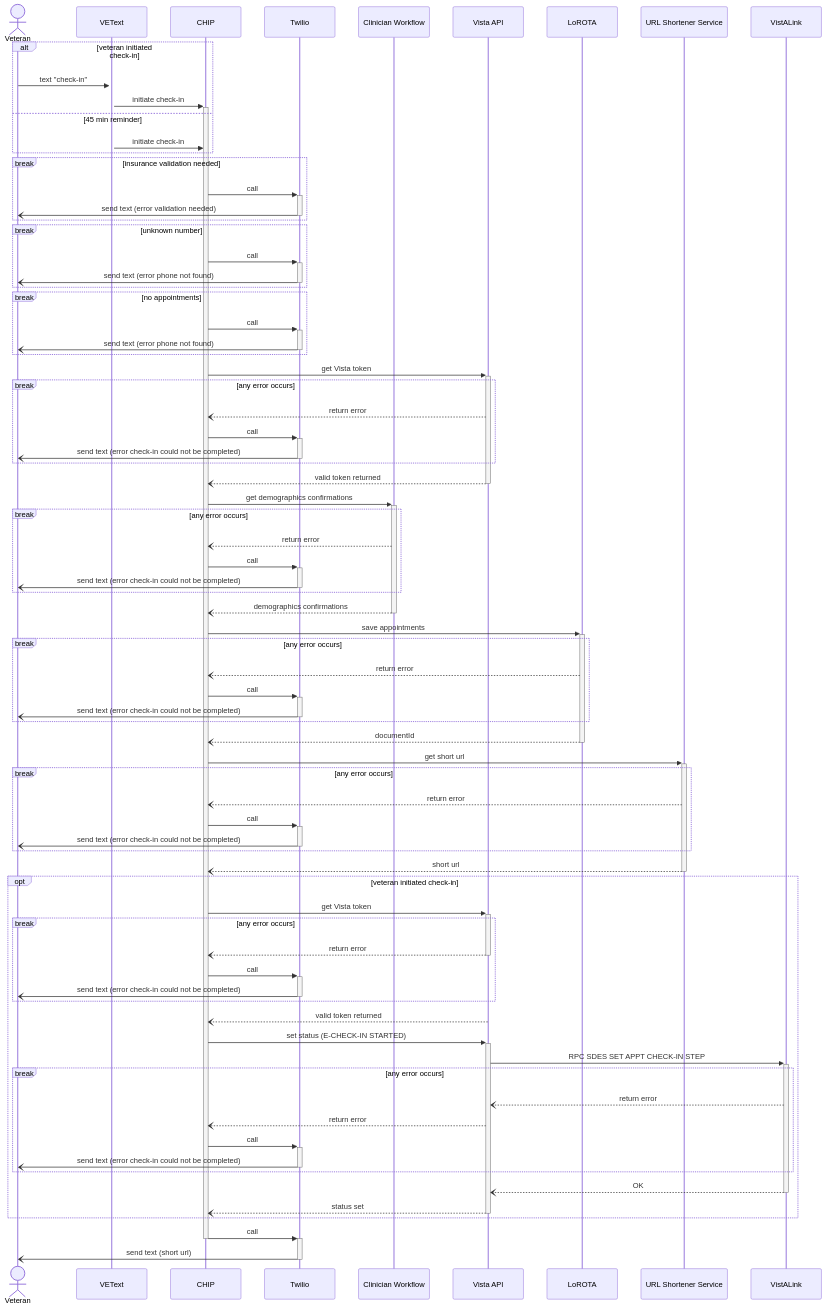
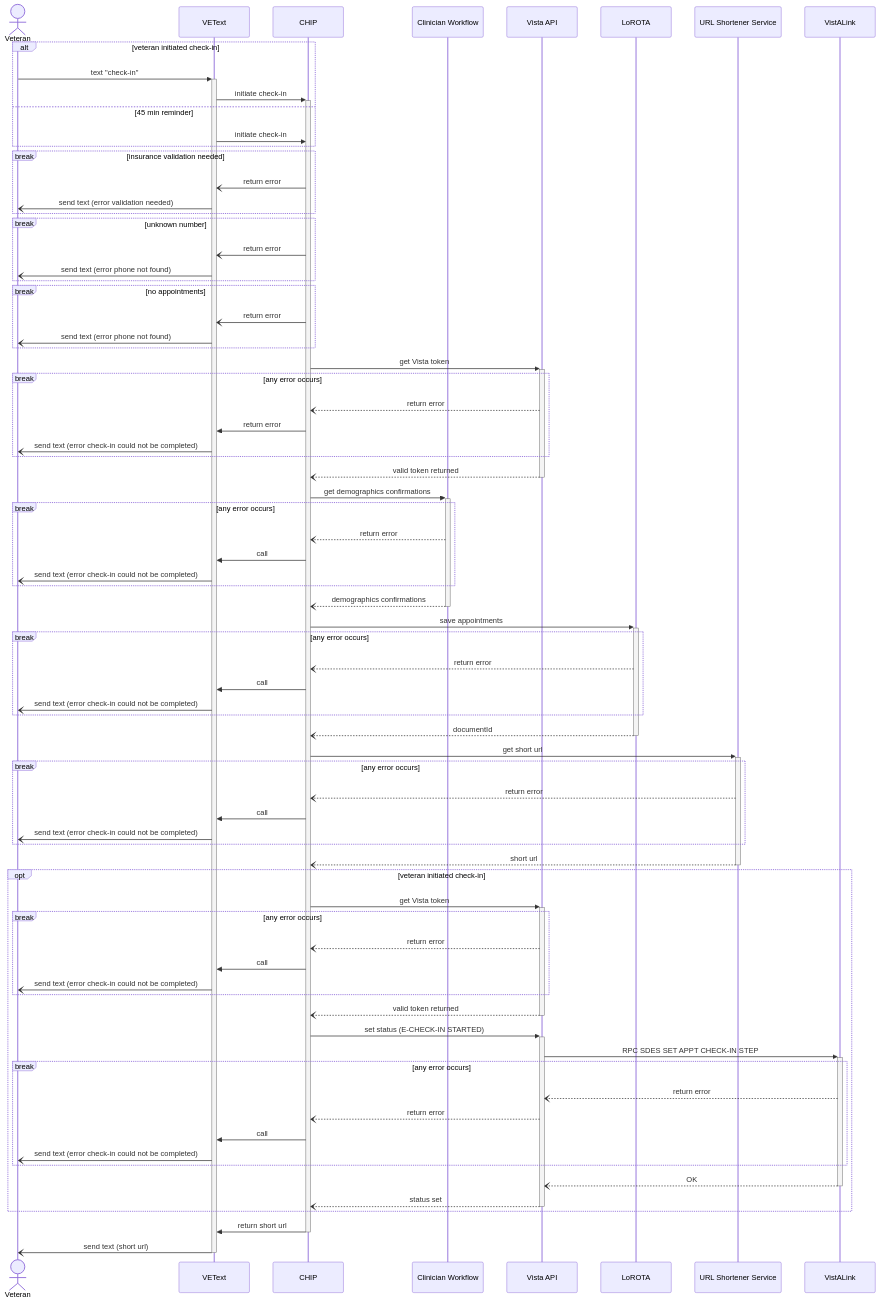
Before and after one commit to department-of-veterans-affairs/va.gov-team: the first of 5 diagrams in products/health-care/checkin/engineering/architecture-diagrams/sequenceDiagram_checkInExp.md, drawn with Mermaid.

````diff
--- a/products/health-care/checkin/engineering/architecture-diagrams/sequenceDiagram_checkInExp.md
+++ b/products/health-care/checkin/engineering/architecture-diagrams/sequenceDiagram_checkInExp.md
@@ -19,7 +19,6 @@
   actor vet as Veteran
   participant vt as VEText
   participant c as CHIP
-  participant t as Twilio
   participant cw as Clinician Workflow
   participant va as Vista API
   participant l as LoROTA
@@ -34,26 +33,26 @@
   end
 
   break insurance validation needed
-    c->>+t: call
-    t-)-vet: send text (error validation needed)
+    c-)vt: return error
+    vt-)vet: send text (error validation needed)
   end
 
   break unknown number
-    c->>+t: call
-    t-)-vet: send text (error phone not found)
+    c-)vt: return error
+    vt-)vet: send text (error phone not found)
   end
 
   break no appointments
-    c->>+t: call
-    t-)-vet: send text (error phone not found)
+    c-)vt: return error
+    vt-)vet: send text (error phone not found)
   end
 
   c->>+va: get Vista token
 
   break any error occurs
     va--)c: return error
-    c->>+t: call
-    t-)-vet: send text (error check-in could not be completed)
+    c->>vt: return error
+    vt-)vet: send text (error check-in could not be completed)
   end
 
   va--)-c: valid token returned
@@ -62,8 +61,8 @@
 
   break any error occurs
     cw--)c: return error
-    c->>+t: call
-    t-)-vet: send text (error check-in could not be completed)
+    c->>vt: call
+    vt-)vet: send text (error check-in could not be completed)
   end
 
   cw--)-c: demographics confirmations
@@ -72,8 +71,8 @@
 
   break any error occurs
     l--)c: return error
-    c->>+t: call
-    t-)-vet: send text (error check-in could not be completed)
+    c->>vt: call
+    vt-)vet: send text (error check-in could not be completed)
   end
 
   l--)-c: documentId
@@ -82,8 +81,8 @@
 
   break any error occurs
     url--)c: return error
-    c->>+t: call
-    t-)-vet: send text (error check-in could not be completed)
+    c->>vt: call
+    vt-)vet: send text (error check-in could not be completed)
   end
 
   url--)-c: short url
@@ -92,27 +91,26 @@
     c->>+va: get Vista token
 
     break any error occurs
-      va--)-c: return error
-      c->>+t: call
-      t-)-vet: send text (error check-in could not be completed)
+      va--)c: return error
+      c->>vt: call
+      vt-)vet: send text (error check-in could not be completed)
     end
 
-    va--)c: valid token returned
+    va--)-c: valid token returned
     c->>+va: set status (E-CHECK-IN STARTED)
     va->>+val: RPC SDES SET APPT CHECK-IN STEP
 
     break any error occurs
       val--)va: return error
       va--)c: return error
-      c->>+t: call
-      t-)-vet: send text (error check-in could not be completed)
+      c->>vt: call
+      vt-)vet: send text (error check-in could not be completed)
     end
 
     val--)-va: OK
     va--)-c: status set
   end
 
-  c->>+t: call
-  deactivate c
-  t-)-vet: send text (short url)
+  c->>-vt: return short url
+  vt-)-vet: send text (short url)
 ```
````
